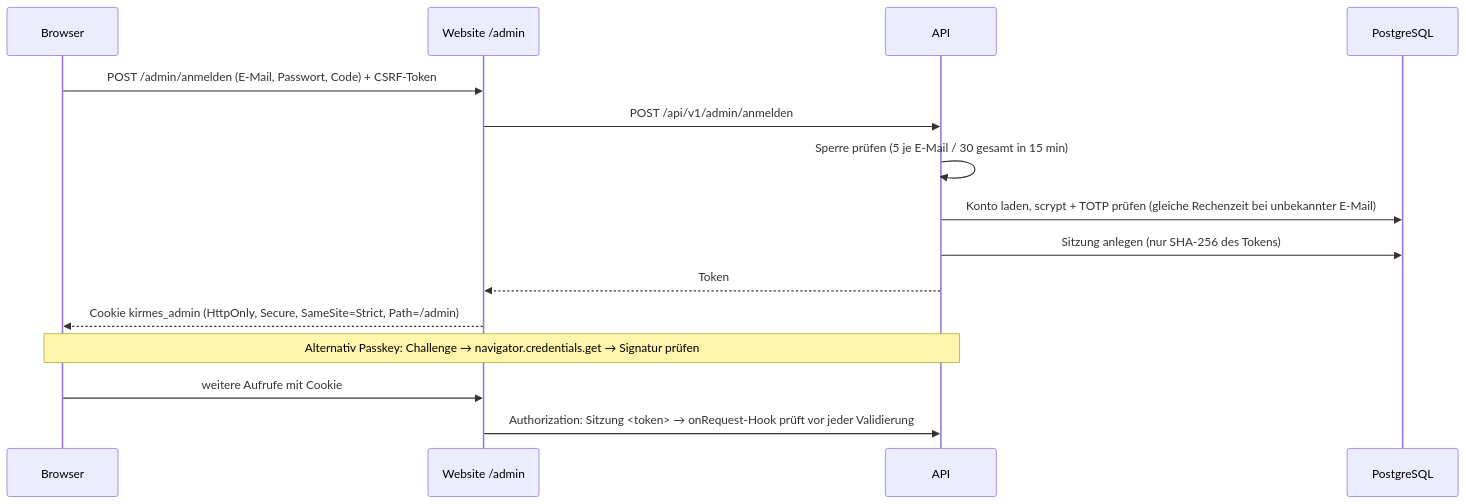
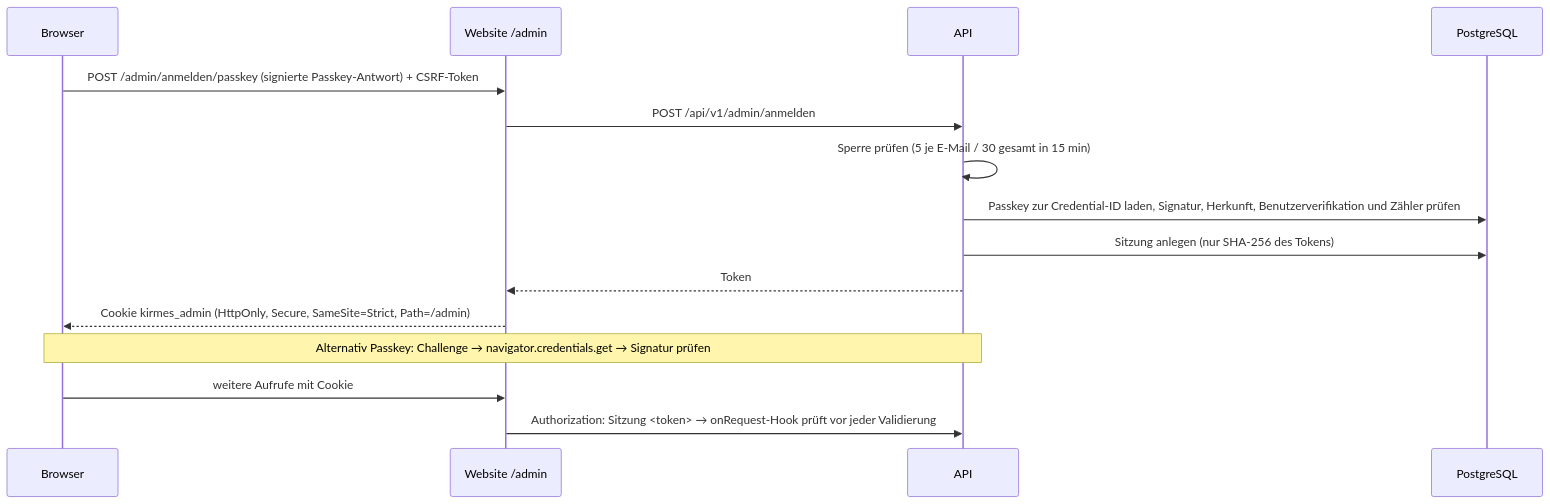
One commit to dschaell/kirmes-thueringen changed the fifth of 5 diagrams in docs/architecture/06-laufzeitsicht.md. Above: the diagram before and after it, drawn with Mermaid. The commit also changed 60 other files, not shown here.

````diff
--- a/docs/architecture/06-laufzeitsicht.md
+++ b/docs/architecture/06-laufzeitsicht.md
@@ -98,17 +98,17 @@
 ```mermaid
 sequenceDiagram
   participant B as Browser
   participant W as Website /admin
   participant A as API
   participant D as PostgreSQL
-  B->>W: POST /admin/anmelden (E-Mail, Passwort, Code) + CSRF-Token
+  B->>W: POST /admin/anmelden/passkey (signierte Passkey-Antwort) + CSRF-Token
   W->>A: POST /api/v1/admin/anmelden
   A->>A: Sperre prüfen (5 je E-Mail / 30 gesamt in 15 min)
-  A->>D: Konto laden, scrypt + TOTP prüfen (gleiche Rechenzeit bei unbekannter E-Mail)
+  A->>D: Passkey zur Credential-ID laden, Signatur, Herkunft, Benutzerverifikation und Zähler prüfen
   A->>D: Sitzung anlegen (nur SHA-256 des Tokens)
   A-->>W: Token
   W-->>B: Cookie kirmes_admin (HttpOnly, Secure, SameSite=Strict, Path=/admin)
   Note over B,A: Alternativ Passkey: Challenge → navigator.credentials.get → Signatur prüfen
   B->>W: weitere Aufrufe mit Cookie
   W->>A: Authorization: Sitzung <token> → onRequest-Hook prüft vor jeder Validierung
 ```
````
